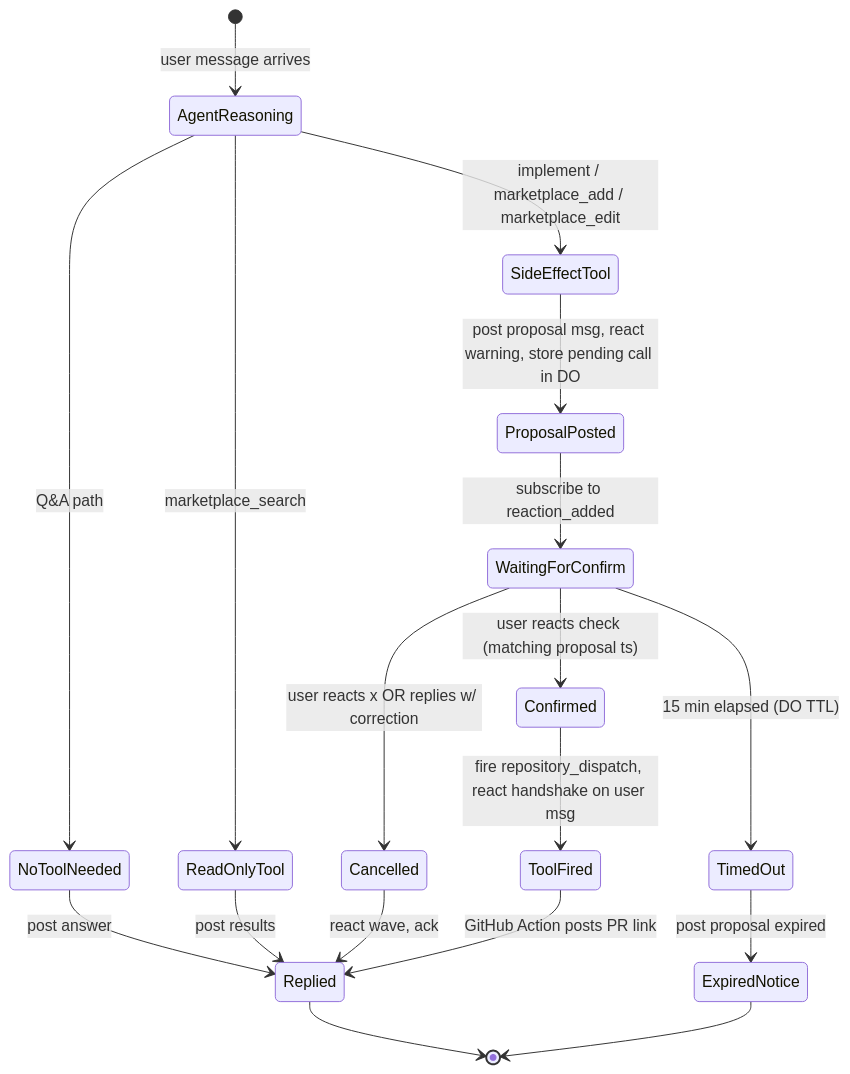
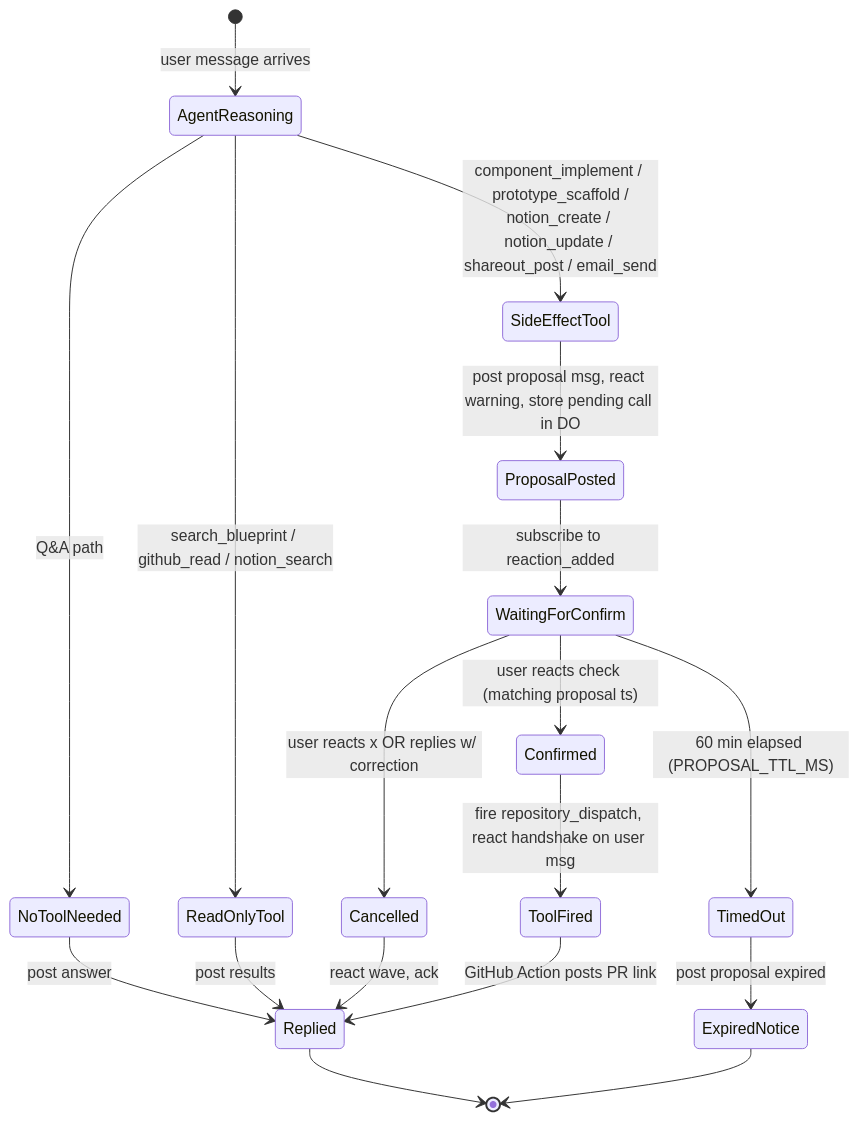
One commit to BilLogic/plus-uno changed the fourth of 4 diagrams in docs/context/product/uno-bot-flowcharts/uno-bot-v2-flowcharts.md. Above: the diagram before and after it, drawn with Mermaid. The commit also changed other lines of this file and 14 other files, not shown here.

````diff
--- a/docs/context/product/uno-bot-flowcharts/uno-bot-v2-flowcharts.md
+++ b/docs/context/product/uno-bot-flowcharts/uno-bot-v2-flowcharts.md
@@ -270,25 +191,25 @@
 ```mermaid
 stateDiagram-v2
   [*] --> AgentReasoning: user message arrives
   AgentReasoning --> NoToolNeeded: Q&A path
-  AgentReasoning --> ReadOnlyTool: marketplace_search
-  AgentReasoning --> SideEffectTool: implement / marketplace_add / marketplace_edit
+  AgentReasoning --> ReadOnlyTool: search_blueprint / github_read / notion_search
+  AgentReasoning --> SideEffectTool: component_implement / prototype_scaffold /<br/>notion_create / notion_update / shareout_post / email_send
 
   NoToolNeeded --> Replied: post answer
   ReadOnlyTool --> Replied: post results
 
   SideEffectTool --> ProposalPosted: post proposal msg, react warning, store pending call in DO
   ProposalPosted --> WaitingForConfirm: subscribe to reaction_added
 
   WaitingForConfirm --> Confirmed: user reacts check (matching proposal ts)
   WaitingForConfirm --> Cancelled: user reacts x OR replies w/ correction
-  WaitingForConfirm --> TimedOut: 15 min elapsed (DO TTL)
+  WaitingForConfirm --> TimedOut: 60 min elapsed (PROPOSAL_TTL_MS)
 
   Confirmed --> ToolFired: fire repository_dispatch, react handshake on user msg
   Cancelled --> Replied: react wave, ack
   TimedOut --> ExpiredNotice: post proposal expired
 
   ToolFired --> Replied: GitHub Action posts PR link
   Replied --> [*]
   ExpiredNotice --> [*]
 ```
````
